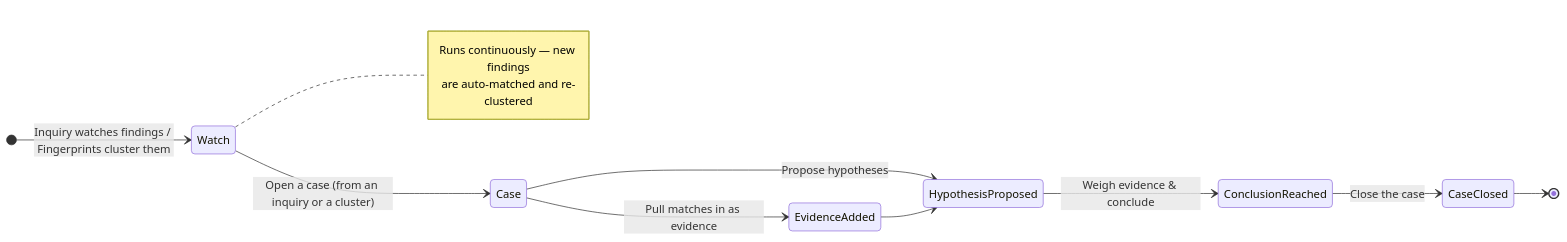
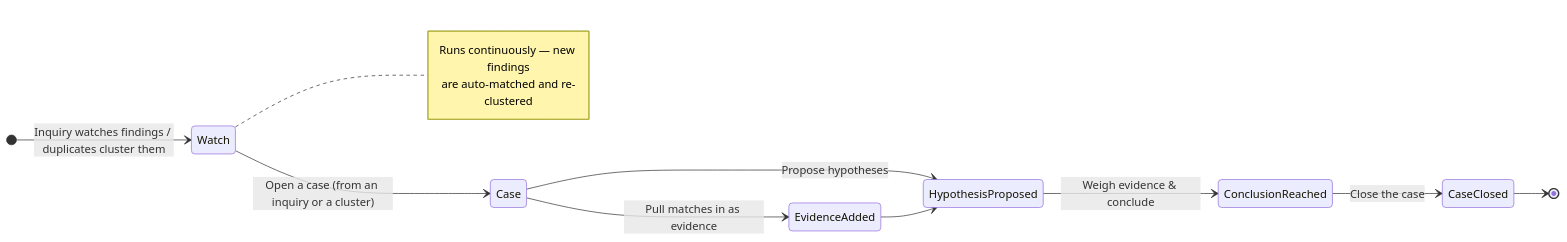
The third of 3 diagrams in apps/docs/app/investigations/page.mdx (classifyre/classifyre), drawn with Mermaid before and after one commit. The commit also changed other lines of this file and 47 other files, not shown here.

First line of the commit message:
feat(duplicates): fix review-queue gaps, document it, retire fingerprints

````diff
--- a/apps/docs/app/investigations/page.mdx
+++ b/apps/docs/app/investigations/page.mdx
@@ -98,17 +98,17 @@
 ```mermaid
 stateDiagram-v2
     direction LR
-    [*] --> Watch: Inquiry watches findings / Fingerprints cluster them
+    [*] --> Watch: Inquiry watches findings / duplicates cluster them
     Watch --> Case: Open a case (from an inquiry or a cluster)
     Case --> EvidenceAdded: Pull matches in as evidence
     Case --> HypothesisProposed: Propose hypotheses
     EvidenceAdded --> HypothesisProposed
     HypothesisProposed --> ConclusionReached: Weigh evidence & conclude
     ConclusionReached --> CaseClosed: Close the case
     CaseClosed --> [*]
 
     note right of Watch
         Runs continuously — new findings
         are auto-matched and re-clustered
     end note
 ```
````
